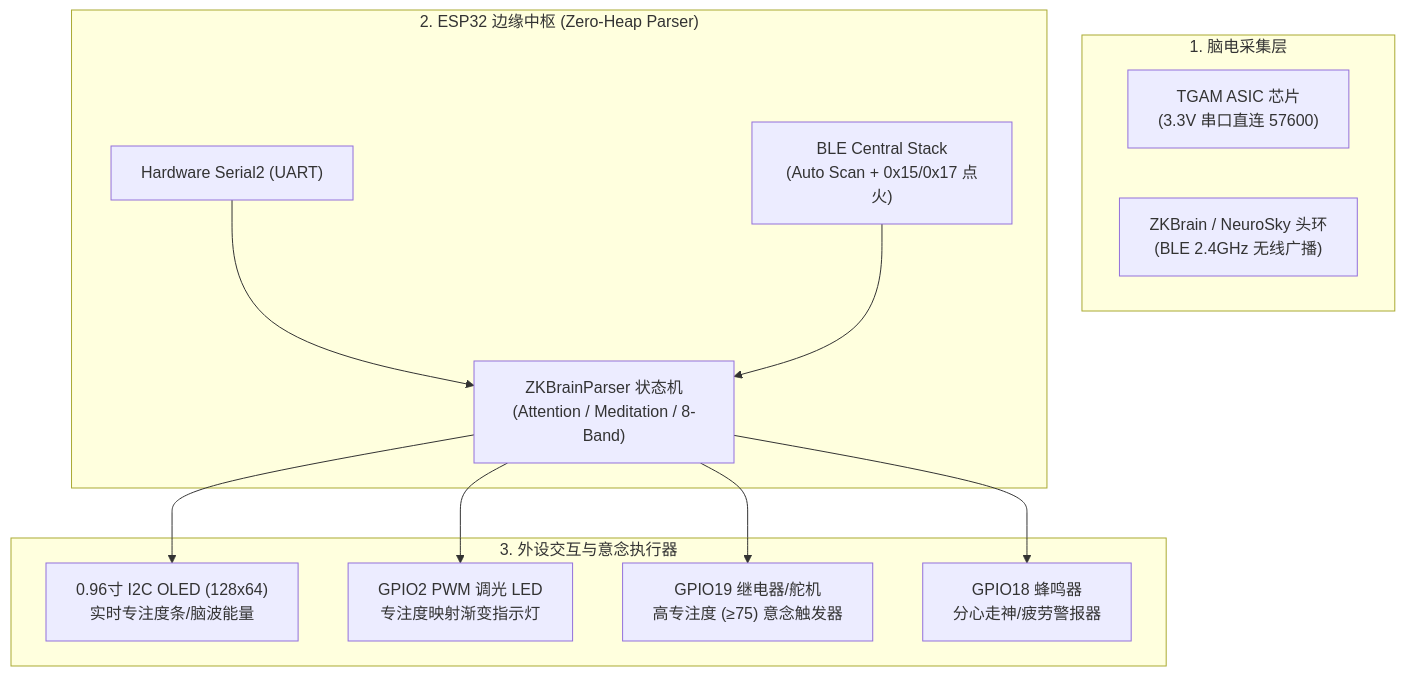
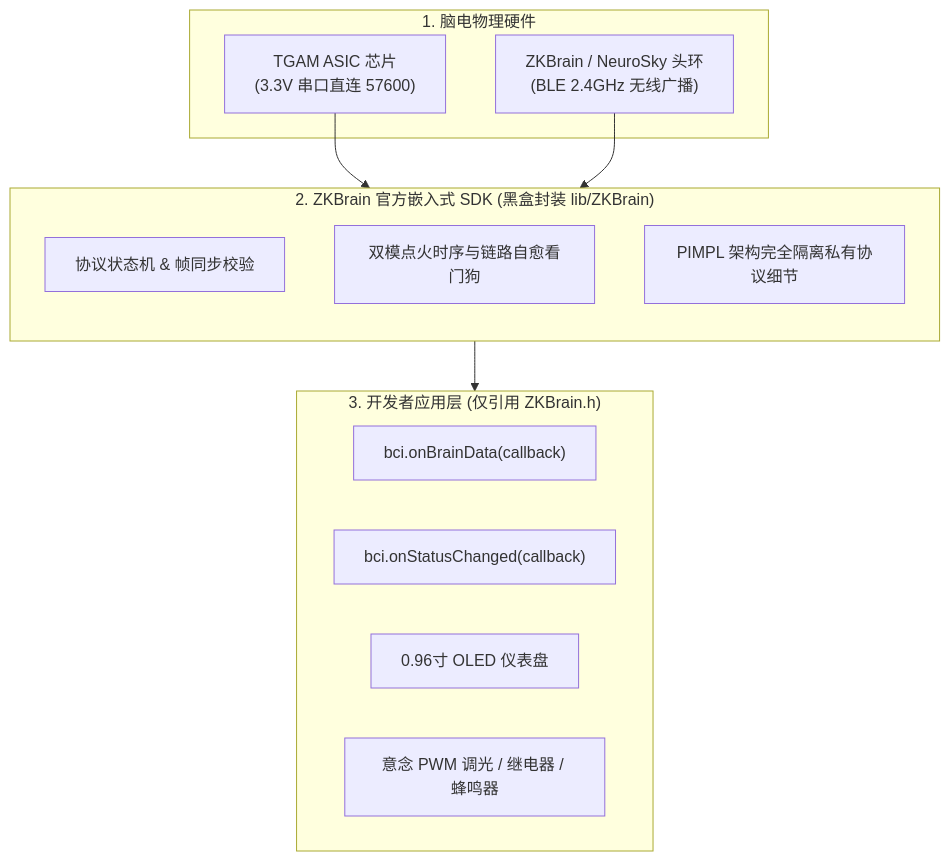
One commit to zkteco-xteam/zkbrain-starter changed the diagram in templates/mcu-esp32/README.md. Above: the diagram before and after it, drawn with Mermaid. The commit also changed other lines of this file and 10 other files, not shown here.

Commit message:
feat(mcu-esp32): encapsulate protocol into black-box ZKBrain SDK library

````diff
--- a/templates/mcu-esp32/README.md
+++ b/templates/mcu-esp32/README.md
@@ -15,19 +16,25 @@
 ```mermaid
 flowchart TD
-    subgraph SENSORS["1. 脑电采集层"]
-        A1["TGAM ASIC 芯片<br/>(3.3V 串口直连 57600)"]
-        A2["ZKBrain / NeuroSky 头环<br/>(BLE 2.4GHz 无线广播)"]
+    subgraph HARDWARE["1. 脑电物理硬件"]
+        HW1["TGAM ASIC 芯片<br/>(3.3V 串口直连 57600)"]
+        HW2["ZKBrain / NeuroSky 头环<br/>(BLE 2.4GHz 无线广播)"]
     end
 
-    subgraph MCU["2. ESP32 边缘中枢 (Zero-Heap Parser)"]
-        B1["Hardware Serial2 (UART)"] --> C["ZKBrainParser 状态机<br/>(Attention / Meditation / 8-Band)"]
-        B2["BLE Central Stack<br/>(Auto Scan + 0x15/0x17 点火)"] --> C
+    subgraph SDK["2. ZKBrain 官方嵌入式 SDK (黑盒封装 lib/ZKBrain)"]
+        direction TB
+        B1["协议状态机 & 帧同步校验"]
+        B2["双模点火时序与链路自愈看门狗"]
+        B3["PIMPL 架构完全隔离私有协议细节"]
     end
 
-    subgraph ACTUATORS["3. 外设交互与意念执行器"]
-        C --> D1["0.96寸 I2C OLED (128x64)<br/>实时专注度条/脑波能量"]
-        C --> D2["GPIO2 PWM 调光 LED<br/>专注度映射渐变指示灯"]
-        C --> D3["GPIO19 继电器/舵机<br/>高专注度 (≥75) 意念触发器"]
-        C --> D4["GPIO18 蜂鸣器<br/>分心走神/疲劳警报器"]
+    subgraph APP["3. 开发者应用层 (仅引用 ZKBrain.h)"]
+        C1["bci.onBrainData(callback)"]
+        C2["bci.onStatusChanged(callback)"]
+        C3["0.96寸 OLED 仪表盘"]
+        C4["意念 PWM 调光 / 继电器 / 蜂鸣器"]
     end
+
+    HW1 --> SDK
+    HW2 --> SDK
+    SDK --> APP
 ```
````
